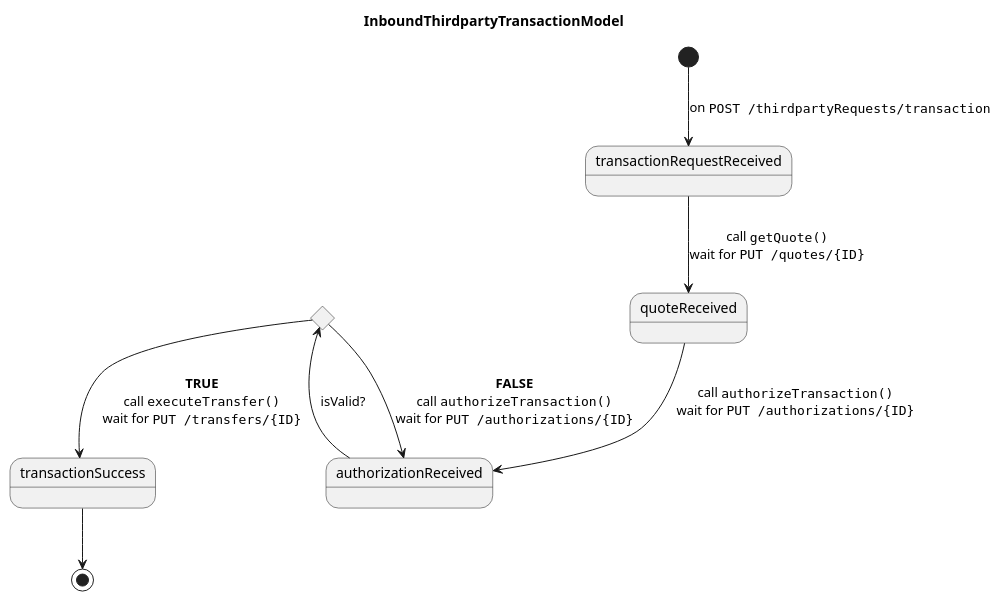
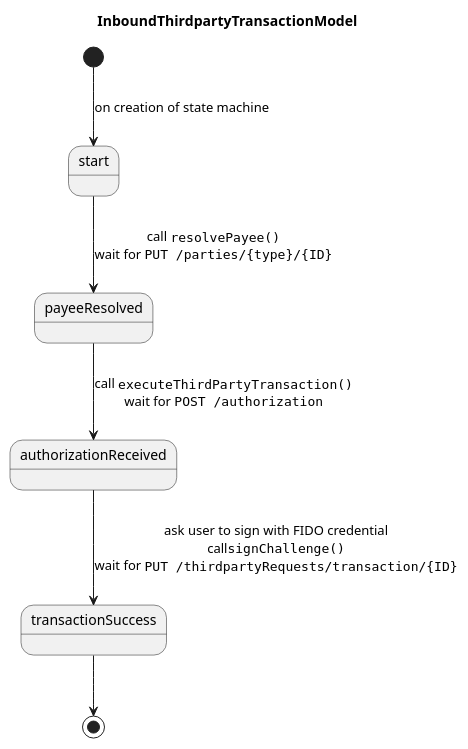
One commit to mojaloop/pisp-project changed the diagram in docs/state_diagrams/InboundThirdpartyTransactionModel.puml. Above: the diagram before and after it, drawn with PlantUML. The commit also changed other lines of this file and 2 other files, not shown here.

```diff
--- a/docs/state_diagrams/InboundThirdpartyTransactionModel.puml
+++ b/docs/state_diagrams/InboundThirdpartyTransactionModel.puml
@@ -1,16 +1,11 @@
 @startuml InboundThirdpartyTransactionModel
 
 title InboundThirdpartyTransactionModel
 
-state isValid <<choice>>
-
-[*] --> transactionRequestReceived: on ""POST /thirdpartyRequests/transaction""
-transactionRequestReceived --> quoteReceived: call ""getQuote()""\nwait for ""PUT /quotes/{ID}""
-quoteReceived --> authorizationReceived: call ""authorizeTransaction()""\nwait for ""PUT /authorizations/{ID}""
-authorizationReceived --> isValid: isValid?
-isValid --> transactionSuccess:**TRUE**\ncall ""executeTransfer()""\nwait for ""PUT /transfers/{ID}""
-isValid --> authorizationReceived:**FALSE**\ncall ""authorizeTransaction()""\nwait for ""PUT /authorizations/{ID}""
+[*] --> start: on creation of state machine
+start --> payeeResolved: call ""resolvePayee()""\nwait for ""PUT /parties/{type}/{ID}""
+payeeResolved --> authorizationReceived: call ""executeThirdPartyTransaction()""\nwait for ""POST /authorization""
+authorizationReceived --> transactionSuccess: ask user to sign with FIDO credential\ncall""signChallenge()""\nwait for ""PUT /thirdpartyRequests/transaction/{ID}""
 transactionSuccess --> [*]
 
-
 @enduml
```
